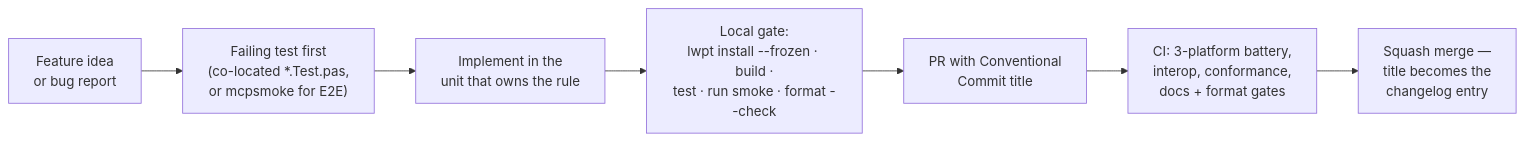
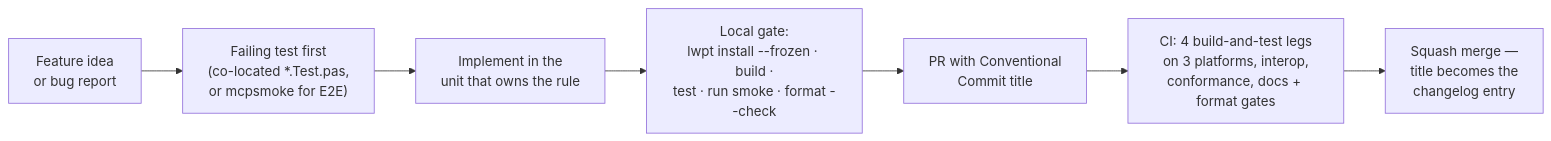
The diagram in docs/internals/contributing.md (frostney/pascal-mcp-sdk), drawn with Mermaid before and after one commit. The commit also changed 1 other file, not shown here.

Commit message:
docs: count the four build-and-test legs in the merge summaries

````diff
--- a/docs/internals/contributing.md
+++ b/docs/internals/contributing.md
@@ -18,11 +18,11 @@
 ```mermaid
 flowchart LR
     IDEA["Feature idea<br/>or bug report"]
     TEST["Failing test first<br/>(co-located *.Test.pas,<br/>or mcpsmoke for E2E)"]
     OWN["Implement in the<br/>unit that owns the rule"]
     GATE["Local gate:<br/>lwpt install --frozen · build ·<br/>test · run smoke · format --check"]
     PR["PR with Conventional<br/>Commit title"]
-    CI["CI: 3-platform battery,<br/>interop, conformance,<br/>docs + format gates"]
+    CI["CI: 4 build-and-test legs<br/>on 3 platforms, interop,<br/>conformance, docs + format gates"]
     MERGE["Squash merge —<br/>title becomes the<br/>changelog entry"]
     IDEA --> TEST --> OWN --> GATE --> PR --> CI --> MERGE
 ```
````
